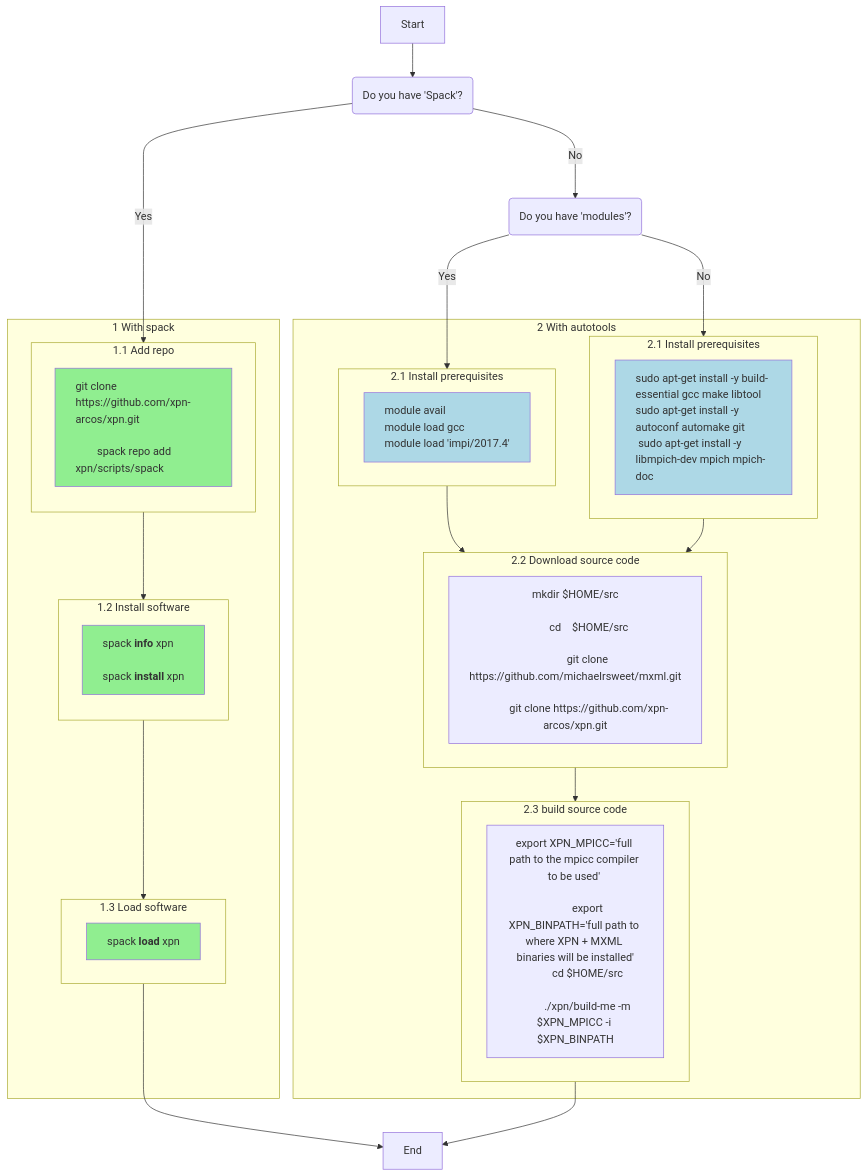
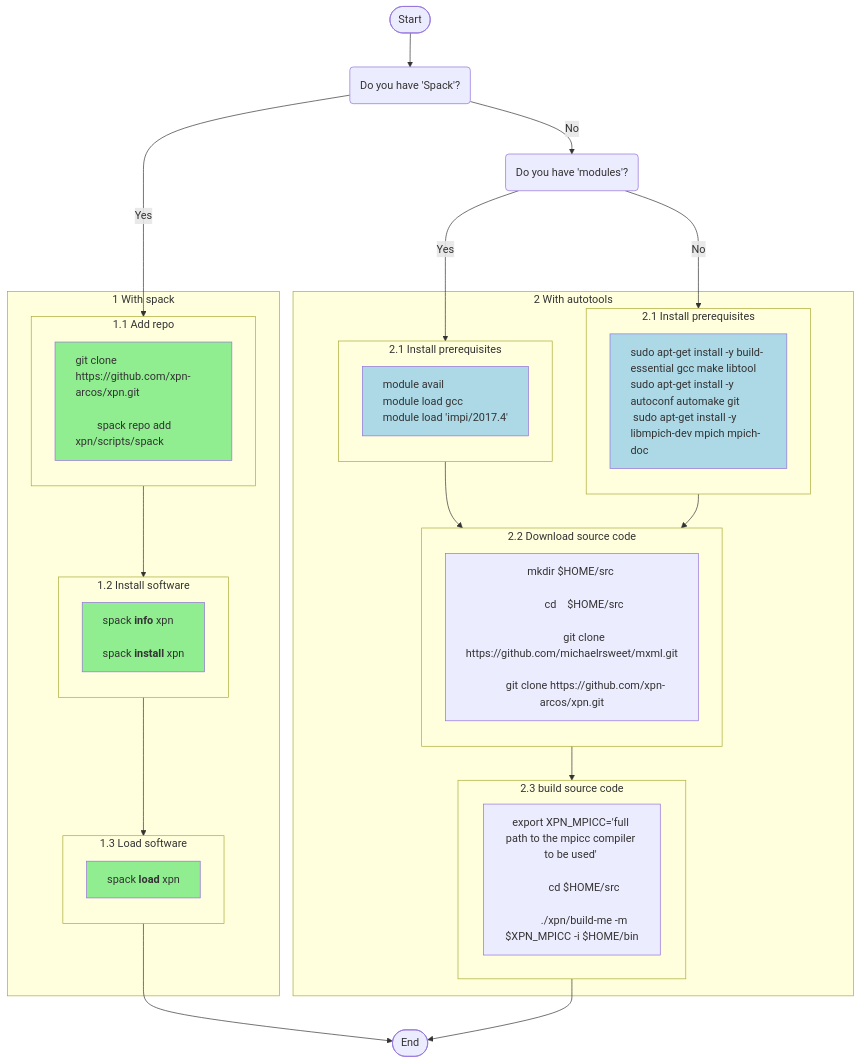
One commit to xpn-arcos/xpn changed the first of 4 diagrams in README.md. Above: the diagram before and after it, drawn with Mermaid. The commit also changed other lines of this file, not shown here.

````diff
--- a/README.md
+++ b/README.md
@@ -23,63 +23,64 @@
   ```mermaid
+  %% {init: {"flowchart": {"defaultRenderer": "elk"}} }%%
   flowchart TD
-    A[Start] --> B("Do you have 'Spack'?")
+    A([Start]) --> B("Do you have 'Spack'?")
     B -- Yes --> ide11
-    B -- No ---> Y1("Do you have 'modules'?")
+    B -- No --> Y1("Do you have 'modules'?")
 
+    %% (1) with spack
     subgraph ide1 [1 With spack]
     subgraph ide11 [1.1 Add repo]
        direction TB
        X1["git clone https://github.com/xpn-arcos/xpn.git </br>
           spack repo add xpn/scripts/spack"]
     end
     subgraph ide12 [1.2 Install software]
        direction TB
        X2["`spack **info** xpn &nbsp;&nbsp;</br>
          spack **install** xpn`"]
     end
     subgraph ide13 [1.3 Load software]
-       direction LR
+       direction TB
        X3["`spack **load** xpn`"]
     end
-    classDef lt text-align:left,fill:lightgreen;
+    classDef lt text-align:left,fill:lightgreen; 
     class X1,X2,X3 lt;
     ide11 --> ide12
     ide12 --> ide13
     end
-    ide13 --> I[End]
+    ide13 --> I([End])
 
-    Y1-- Yes ---> ide21a
+    Y1-- Yes --> ide21a
     Y1-- No ---> ide21b
     subgraph ide2 [2 With autotools]
     subgraph ide21a [2.1 Install prerequisites]
-       direction LR
+       direction TB
        Y1A["module avail <br> module load gcc<br> module load 'impi/2017.4'"]
     end
     subgraph ide21b [2.1 Install prerequisites]
-       direction LR
+       direction TB
        Y1B["sudo apt-get install -y build-essential gcc make libtool<br>sudo apt-get install -y autoconf automake git<br> sudo apt-get install -y libmpich-dev mpich mpich-doc"]
     end
     subgraph ide22 [2.2 Download source code]
-       direction LR
-       Y2B["mkdir $HOME/src<br>
-            cd    $HOME/src<br>
+       direction TB
+       Y2B["mkdir $HOME/src </br>
+            cd    $HOME/src </br>
             git clone https://github.com/michaelrsweet/mxml.git<br>
             git clone https://github.com/xpn-arcos/xpn.git"]
     end
     subgraph ide23 ["2.3 build source code"]
        direction LR
        Y3B["export XPN_MPICC='full path to the mpicc compiler to be used' <br>
-            export XPN_BINPATH='full path to where XPN + MXML binaries will be installed'
             cd $HOME/src <br>
-            ./xpn/build-me -m $XPN_MPICC -i $XPN_BINPATH"]
+            ./xpn/build-me -m $XPN_MPICC -i $HOME/bin"]
     end
     ide21a --> ide22
     ide21b --> ide22
     ide22 --> ide23
 
     classDef lt2 text-align:left,fill:lightblue;
     class Y1A,Y1B lt2;
     end
 
-    Y3B --> I[End]
+    Y3B --> I([End])
   ```
````
